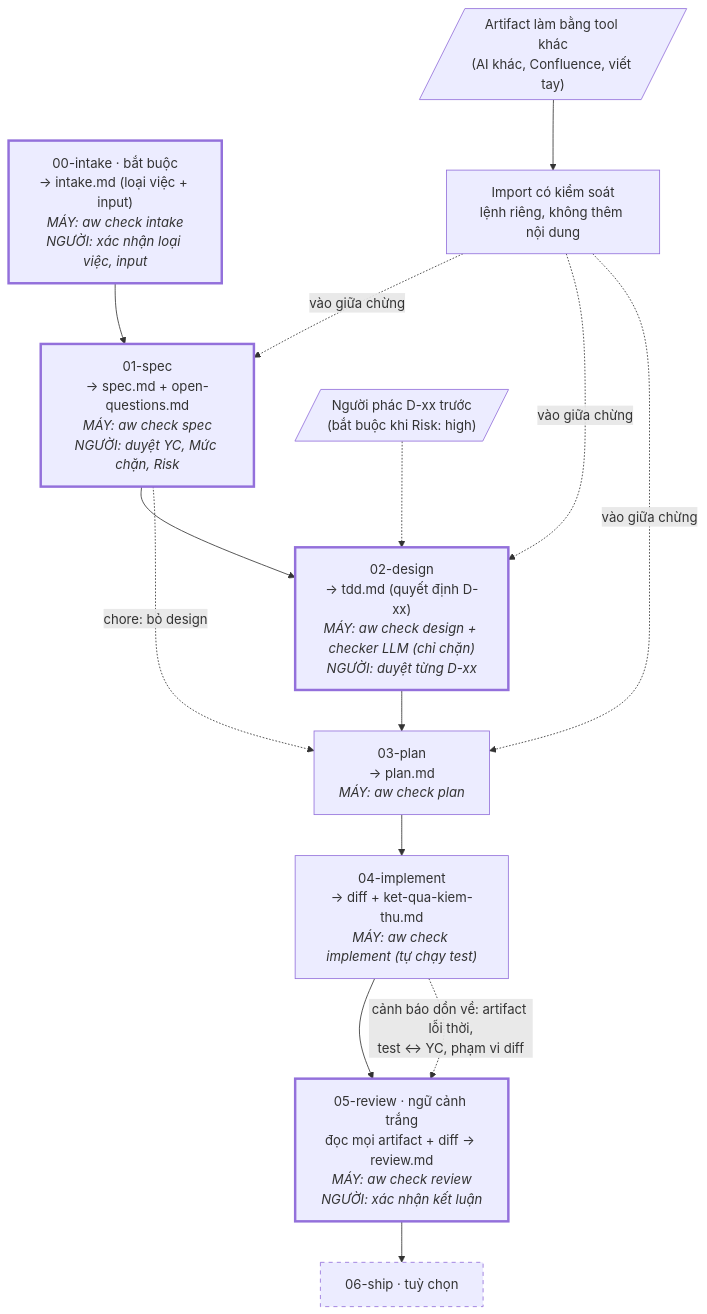
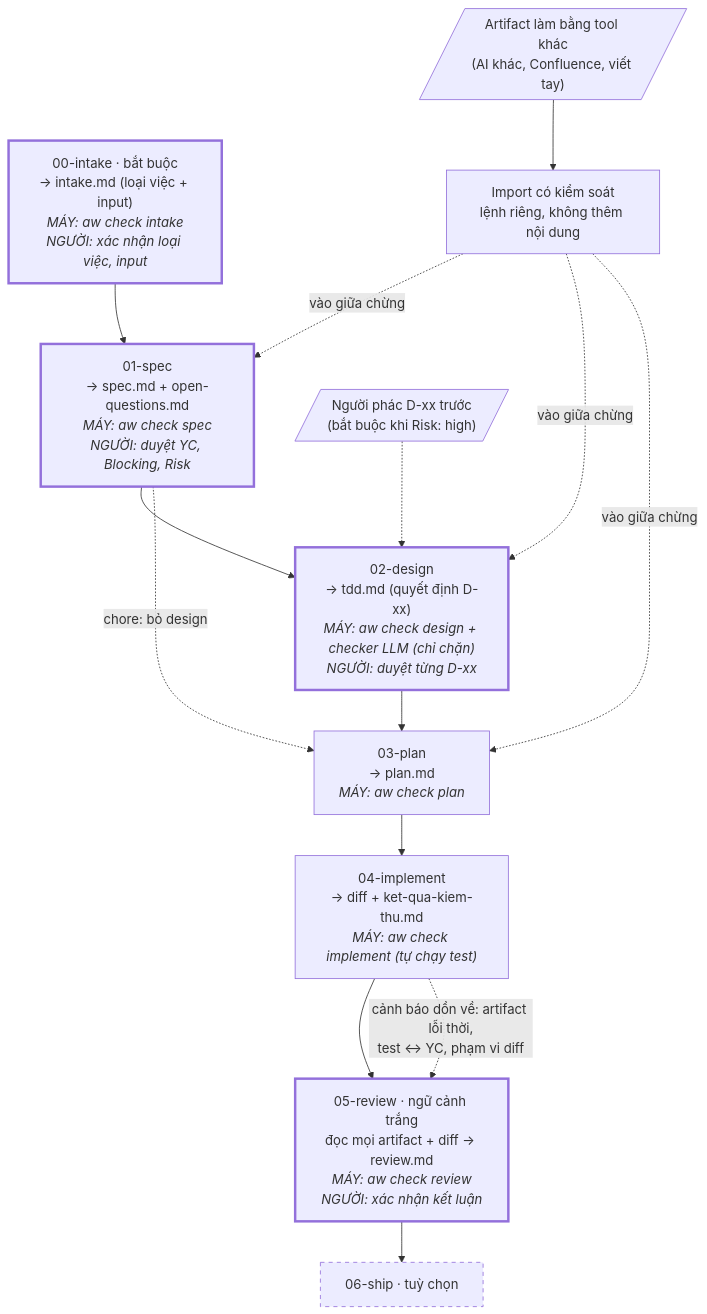
The diagram in README.md (dangminhphuc/agent-workflow), drawn with Mermaid before and after one commit. The commit also changed other lines of this file and 22 other files, not shown here.

First line of the commit message:
Đổi open-questions.md và review.md sang tiếng Anh

````diff
--- a/README.md
+++ b/README.md
@@ -46,31 +46,31 @@
 ```mermaid
 flowchart TD
     INTAKE["00-intake · bắt buộc<br/>→ intake.md (loại việc + input)<br/><i>MÁY: aw check intake</i><br/><i>NGƯỜI: xác nhận loại việc, input</i>"]
-    SPEC["01-spec<br/>→ spec.md + open-questions.md<br/><i>MÁY: aw check spec</i><br/><i>NGƯỜI: duyệt YC, Mức chặn, Risk</i>"]
+    SPEC["01-spec<br/>→ spec.md + open-questions.md<br/><i>MÁY: aw check spec</i><br/><i>NGƯỜI: duyệt YC, Blocking, Risk</i>"]
     PHAC[/"Người phác D-xx trước<br/>(bắt buộc khi Risk: high)"/]
     DESIGN["02-design<br/>→ tdd.md (quyết định D-xx)<br/><i>MÁY: aw check design + checker LLM (chỉ chặn)</i><br/><i>NGƯỜI: duyệt từng D-xx</i>"]
     PLAN["03-plan<br/>→ plan.md<br/><i>MÁY: aw check plan</i>"]
     IMPL["04-implement<br/>→ diff + ket-qua-kiem-thu.md<br/><i>MÁY: aw check implement (tự chạy test)</i>"]
     REVIEW["05-review · ngữ cảnh trắng<br/>đọc mọi artifact + diff → review.md<br/><i>MÁY: aw check review</i><br/><i>NGƯỜI: xác nhận kết luận</i>"]
     SHIP["06-ship · tuỳ chọn"]
 
     NGOAI[/"Artifact làm bằng tool khác<br/>(AI khác, Confluence, viết tay)"/]
     IMPORT["Import có kiểm soát<br/>lệnh riêng, không thêm nội dung"]
 
     INTAKE --> SPEC --> DESIGN
     PHAC -.-> DESIGN
     DESIGN --> PLAN --> IMPL --> REVIEW --> SHIP
     SPEC -. "chore: bỏ design" .-> PLAN
 
     IMPL -. "cảnh báo dồn về: artifact lỗi thời,<br/>test ↔ YC, phạm vi diff" .-> REVIEW
 
     NGOAI --> IMPORT
     IMPORT -. "vào giữa chừng" .-> SPEC
     IMPORT -. "vào giữa chừng" .-> DESIGN
     IMPORT -. "vào giữa chừng" .-> PLAN
 
     classDef nguoi stroke-width:3px
     classDef tuychon stroke-dasharray:5 5
     class INTAKE,SPEC,DESIGN,REVIEW nguoi
     class SHIP tuychon
 ```
````
